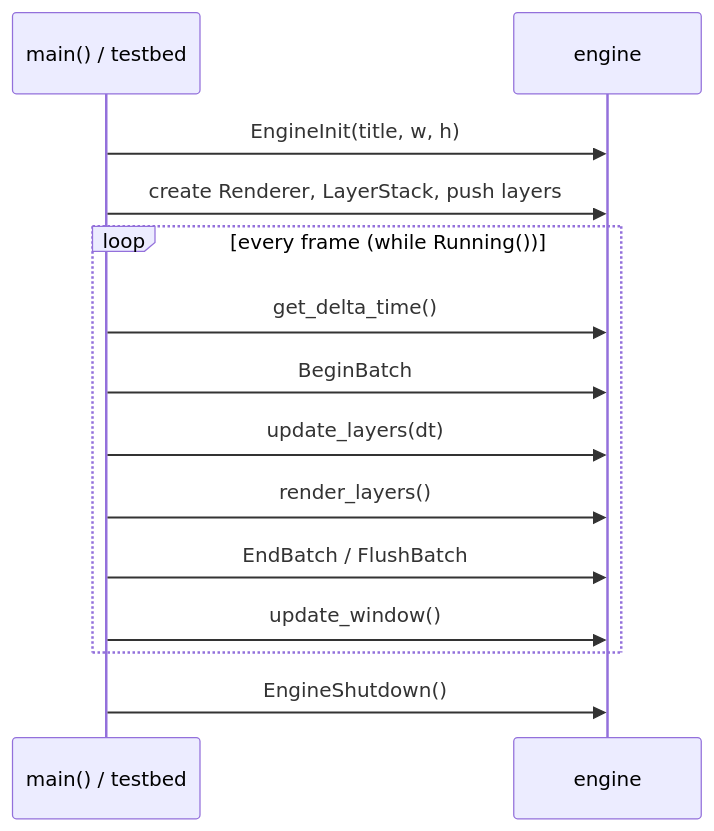
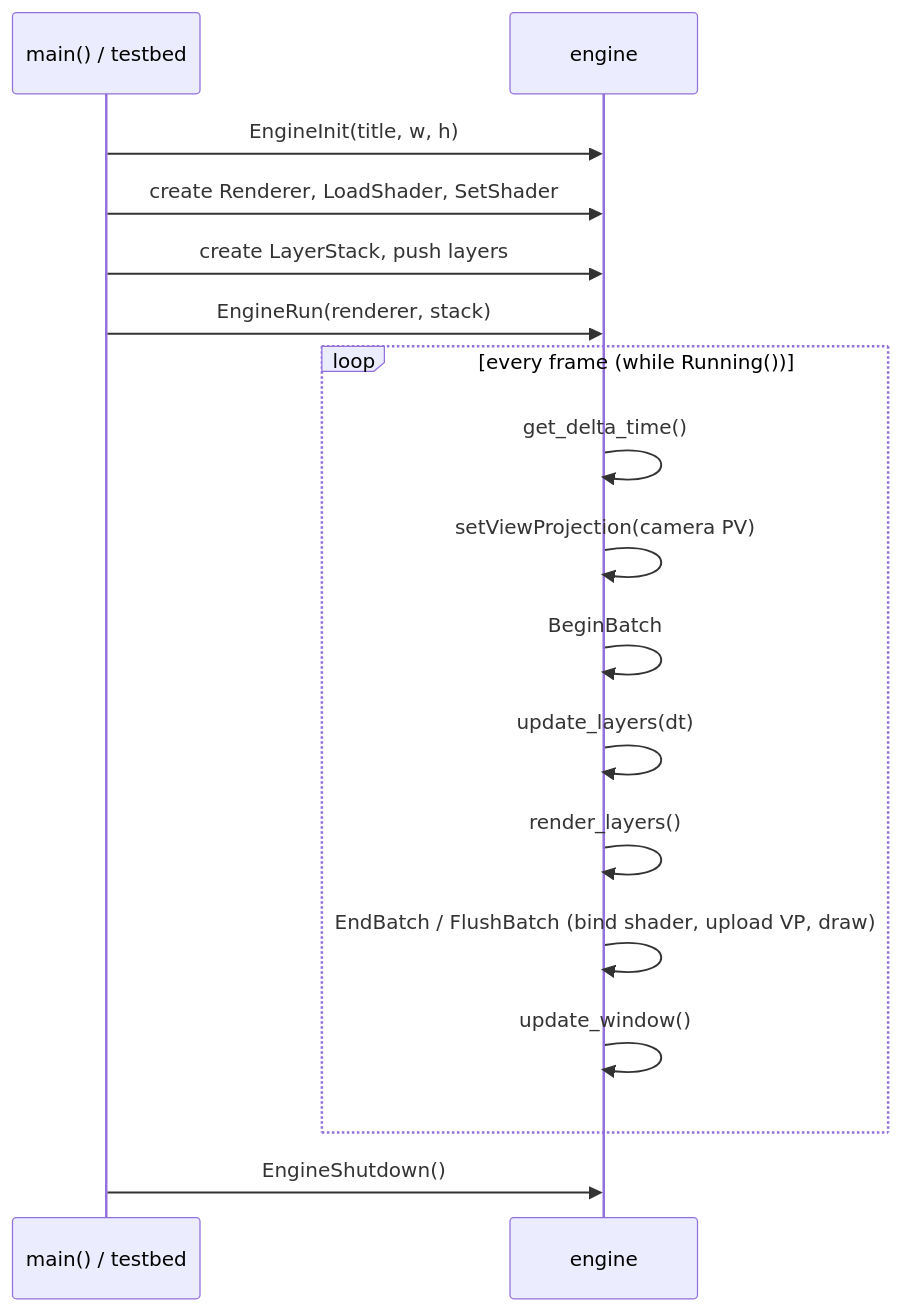
Before and after one commit to aaron-levi-0/Reynolds-Engine: the first of 2 diagrams in ARCHITECTURE.md, drawn with Mermaid. The commit also changed other lines of this file and 15 other files, not shown here.

````diff
--- a/ARCHITECTURE.md
+++ b/ARCHITECTURE.md
@@ -52,16 +55,19 @@
 ```mermaid
 sequenceDiagram
     participant App as main() / testbed
     participant Eng as engine
     App->>Eng: EngineInit(title, w, h)
-    App->>Eng: create Renderer, LayerStack, push layers
+    App->>Eng: create Renderer, LoadShader, SetShader
+    App->>Eng: create LayerStack, push layers
+    App->>Eng: EngineRun(renderer, stack)
     loop every frame (while Running())
-        App->>Eng: get_delta_time()
-        App->>Eng: BeginBatch
-        App->>Eng: update_layers(dt)
-        App->>Eng: render_layers()
-        App->>Eng: EndBatch / FlushBatch
-        App->>Eng: update_window()
+        Eng->>Eng: get_delta_time()
+        Eng->>Eng: setViewProjection(camera PV)
+        Eng->>Eng: BeginBatch
+        Eng->>Eng: update_layers(dt)
+        Eng->>Eng: render_layers()
+        Eng->>Eng: EndBatch / FlushBatch (bind shader, upload VP, draw)
+        Eng->>Eng: update_window()
     end
     App->>Eng: EngineShutdown()
 ```
````
